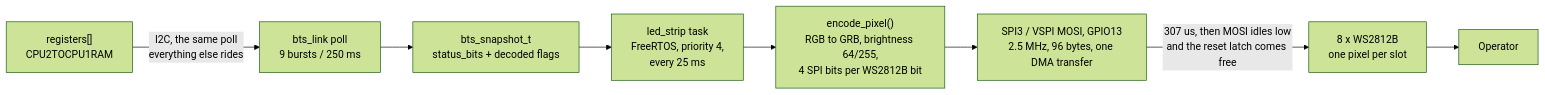
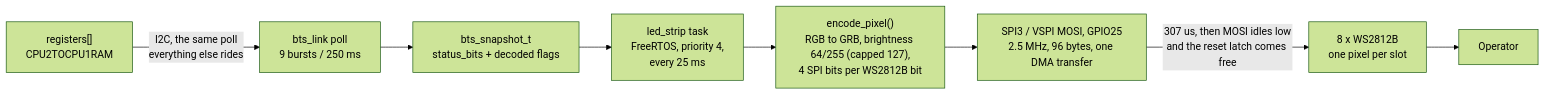
Before and after one commit to ArakniD/Lion-IRVT: diagram 11 of 11 in Hardware/source/Docs/data-flow.md, drawn with Mermaid (forest theme). The commit also changed 22 other files, not shown here.

````diff
--- a/Hardware/source/Docs/data-flow.md
+++ b/Hardware/source/Docs/data-flow.md
@@ -846,19 +846,19 @@
 ```mermaid
 flowchart LR
     REGS["registers[]<br/>CPU2TOCPU1RAM"]
     LINK["bts_link poll<br/>9 bursts / 250 ms"]
     SNAP["bts_snapshot_t<br/>status_bits + decoded flags"]
     TASK["led_strip task<br/>FreeRTOS, priority 4,<br/>every 25 ms"]
-    ENC["encode_pixel()<br/>RGB to GRB, brightness 64/255,<br/>4 SPI bits per WS2812B bit"]
-    SPI["SPI3 / VSPI MOSI, GPIO13<br/>2.5 MHz, 96 bytes, one DMA transfer"]
+    ENC["encode_pixel()<br/>RGB to GRB, brightness 64/255 (capped 127),<br/>4 SPI bits per WS2812B bit"]
+    SPI["SPI3 / VSPI MOSI, GPIO25<br/>2.5 MHz, 96 bytes, one DMA transfer"]
     STRIP["8 x WS2812B<br/>one pixel per slot"]
     EYE["Operator"]
 
     REGS -->|"I2C, the same poll<br/>everything else rides"| LINK
     LINK --> SNAP
     SNAP --> TASK
     TASK --> ENC
     ENC --> SPI
     SPI -->|"307 us, then MOSI idles low<br/>and the reset latch comes free"| STRIP
     STRIP --> EYE
 ```
````
